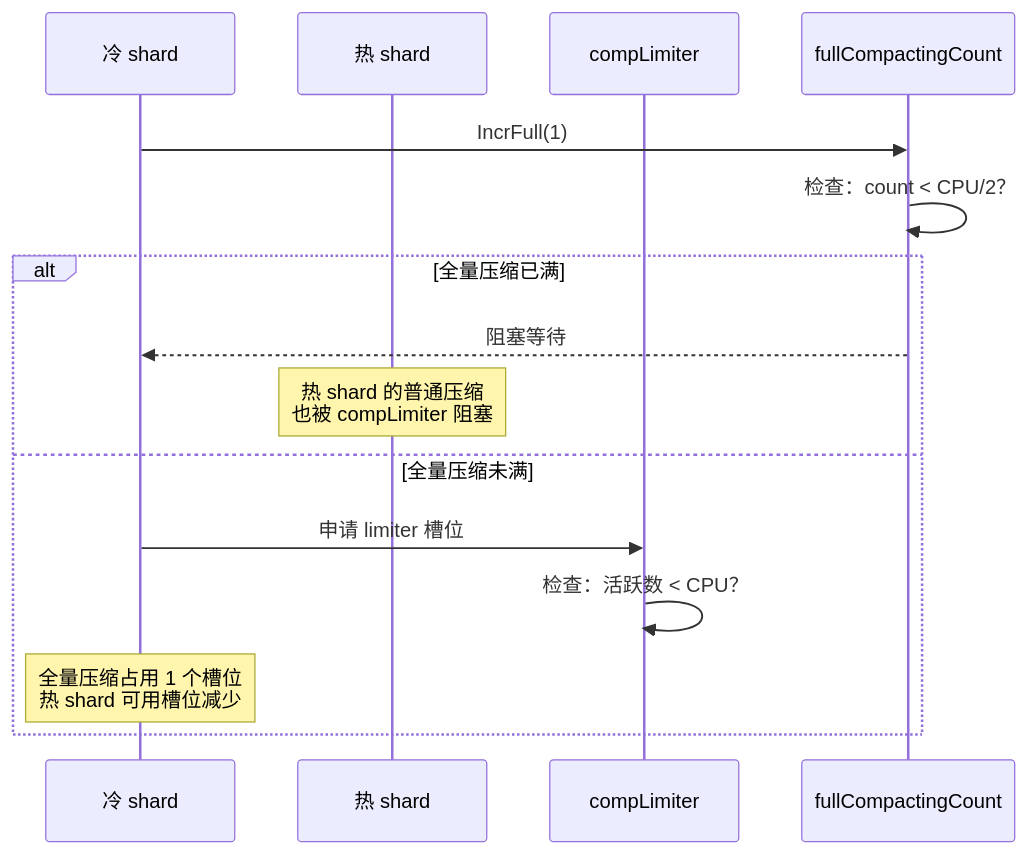
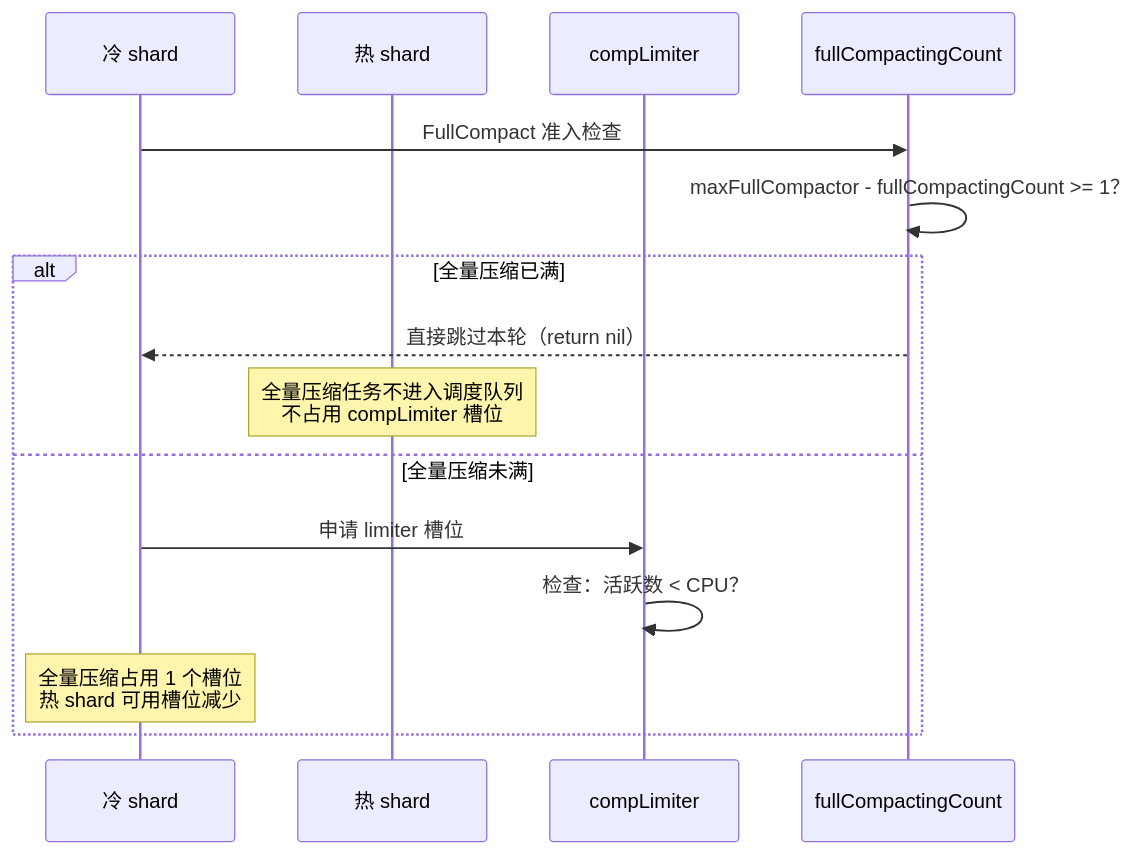
One commit to stefanv5/openGemini changed diagram 25 of 33 in docs/specs/04_background_tasks_spec.md. Above: the diagram before and after it, drawn with Mermaid. The commit also changed other lines of this file and 37 other files, not shown here.

````diff
--- a/docs/specs/04_background_tasks_spec.md
+++ b/docs/specs/04_background_tasks_spec.md
@@ -2117,19 +2121,19 @@
 ```mermaid
 sequenceDiagram
     participant Cold as 冷 shard
     participant Hot as 热 shard
     participant Limiter as compLimiter
     participant FullLimiter as fullCompactingCount
 
-    Cold->>FullLimiter: IncrFull(1)
-    FullLimiter->>FullLimiter: 检查：count < CPU/2？
+    Cold->>FullLimiter: FullCompact 准入检查
+    FullLimiter->>FullLimiter: maxFullCompactor - fullCompactingCount >= 1？
 
     alt 全量压缩已满
-        FullLimiter-->>Cold: 阻塞等待
-        Note over Hot: 热 shard 的普通压缩<br/>也被 compLimiter 阻塞
+        FullLimiter-->>Cold: 直接跳过本轮（return nil）
+        Note over Hot: 全量压缩任务不进入调度队列<br/>不占用 compLimiter 槽位
     else 全量压缩未满
         Cold->>Limiter: 申请 limiter 槽位
         Limiter->>Limiter: 检查：活跃数 < CPU？
         Note over Cold: 全量压缩占用 1 个槽位<br/>热 shard 可用槽位减少
     end
 ```
````
